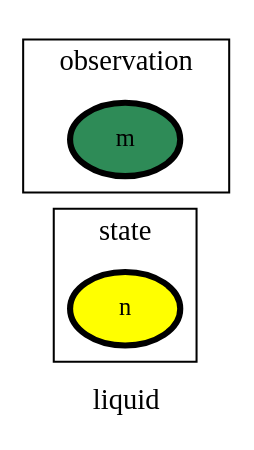
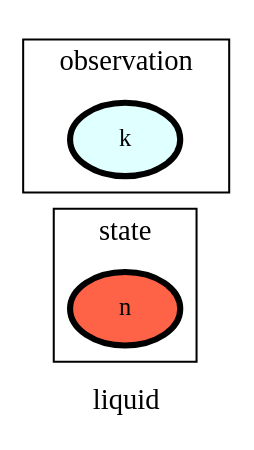
The diagram in ontology_graphs/graph__liquid.dot (heinz-preisig/processes_distributed_no_interface_eqs), drawn with Graphviz before and after one commit. The commit also changed 72 other files, not shown here.

```diff
--- a/ontology_graphs/graph__liquid.dot
+++ b/ontology_graphs/graph__liquid.dot
@@ -1,81 +1,81 @@
 digraph liquid {
 label=liquid;
 rankdir=LR;
 subgraph cluster_liquid___transport {
 label=transport;
 rankdir=LR;
 }
 
 subgraph cluster_liquid___geometry {
 label=geometry;
 rankdir=LR;
 }
 
 subgraph cluster_liquid___properties {
 label=properties;
 rankdir=LR;
 }
 
 subgraph cluster_liquid___network {
 label=network;
 rankdir=LR;
 }
 
 subgraph cluster_liquid___differenceOperator {
 label=differenceOperator;
 rankdir=LR;
 }
 
 subgraph cluster_liquid___frame {
 label=frame;
 rankdir=LR;
 }
 
 subgraph cluster_liquid___state {
 label=state;
 rankdir=LR;
-V_1 [fillcolor=yellow, fontsize=12, label=n, penwidth=3, style=filled];
+V_1 [fillcolor=tomato, fontsize=12, label=n, penwidth=3, style=filled];
 }
 
 subgraph cluster_liquid___constant {
 label=constant;
 rankdir=LR;
 }
 
 subgraph cluster_liquid___effort {
 label=effort;
 rankdir=LR;
 }
 
 subgraph cluster_liquid___secondaryState {
 label=secondaryState;
 rankdir=LR;
 }
 
 subgraph cluster_liquid___conversion {
 label=conversion;
 rankdir=LR;
 }
 
 subgraph cluster_liquid___diffState {
 label=diffState;
 rankdir=LR;
 }
 
 subgraph cluster_liquid___internalTransport {
 label=internalTransport;
 rankdir=LR;
 }
 
 subgraph cluster_liquid___controlInput {
 label=controlInput;
 rankdir=LR;
 }
 
 subgraph cluster_liquid___observation {
 label=observation;
 rankdir=LR;
-V_4 [fillcolor=seagreen4, fontsize=12, label=m, penwidth=3, style=filled];
+V_2 [fillcolor=lightcyan, fontsize=12, label=k, penwidth=3, style=filled];
 }
 
 }
```
